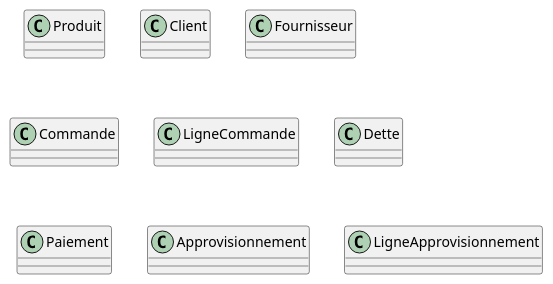
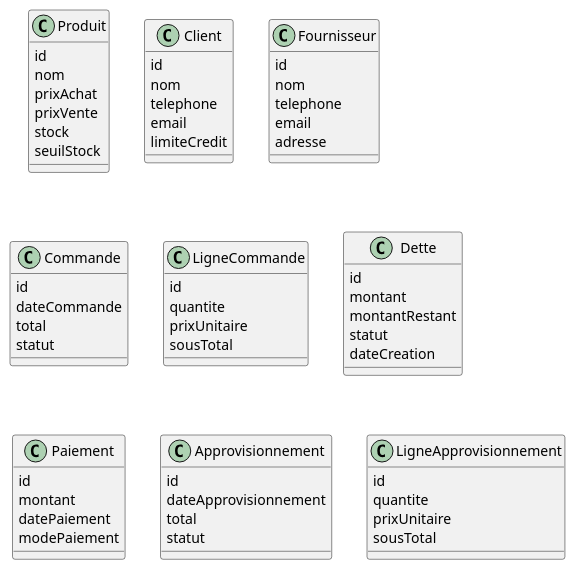
One commit to 123mouhametba123-blip/STORE_MANAGER_PRO changed the diagram in docs/diagrammeClasse.puml. Above: the diagram before and after it, drawn with PlantUML. The commit also changed 5 other files, not shown here.

Commit message:
docs(uml): ajout des diagrammes de cas d'utilisation et de classes POO

```diff
--- a/docs/diagrammeClasse.puml
+++ b/docs/diagrammeClasse.puml
@@ -1,41 +1,82 @@
-@startuml classe
+@startuml
 
 class Produit {
-  
+   id
+   nom
+   prixAchat
+   prixVente
+   stock
+   seuilStock
 }
 
 class Client {
-    
+   id
+   nom
+   telephone
+   email
+   limiteCredit
 }
 
 class Fournisseur {
-   
+   id
+   nom
+   telephone
+   email
+   adresse
 }
 
 class Commande {
-    
+     id
+     dateCommande
+     total
+     statut
 }
 
 class LigneCommande {
-   
+     id
+     quantite
+     prixUnitaire
+     sousTotal
 }
 
 class Dette {
-    
+     id
+     montant
+     montantRestant
+     statut
+     dateCreation
 }
 
 class Paiement {
-    
- 
+     id
+     montant
+     datePaiement
+     modePaiement
 }
 
 class Approvisionnement {
-    
+     id
+     dateApprovisionnement
+     total
+     statut
 }
 
 class LigneApprovisionnement {
- 
+     id
+     quantite
+     prixUnitaire
+     sousTotal
 }
 
+' Client "" -- "" Commande
+' Commande "" -- "" LigneCommande
+' Produit "" -- "" LigneCommande
+
+' Commande "" -- "" Dette
+' Dette "" -- "" Paiement
+
+' Fournisseur "" -- "" Approvisionnement
+' Approvisionnement "" -- "*" LigneApprovisionnement
+' Produit "" -- "" LigneApprovisionnement
 
 @enduml
```
